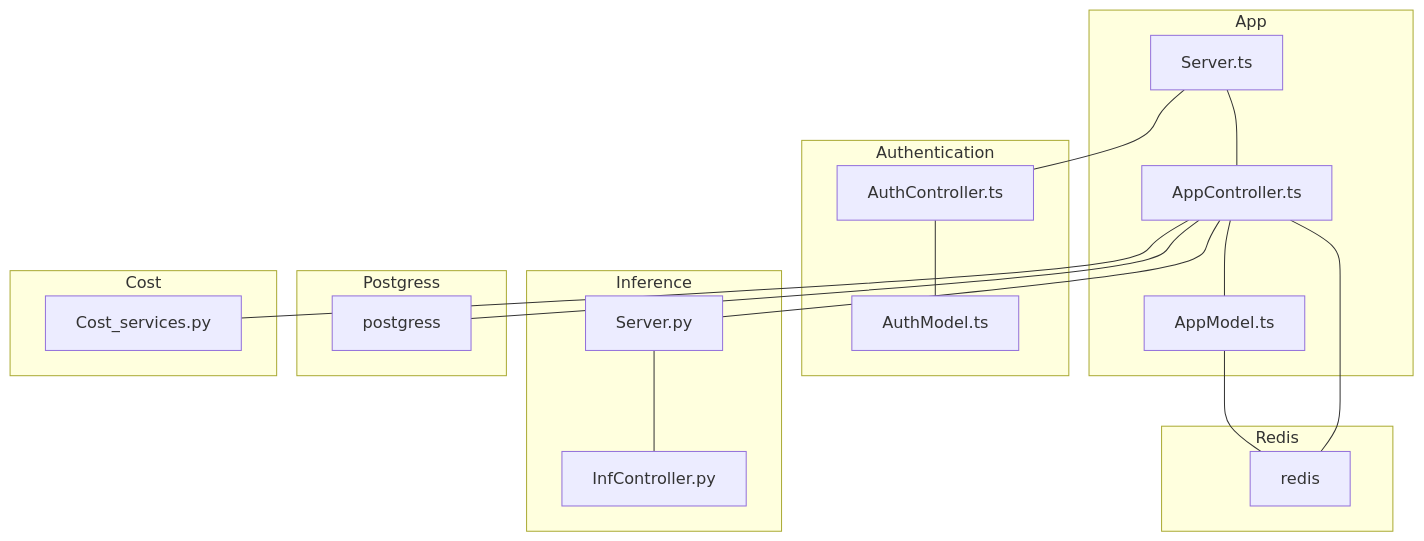
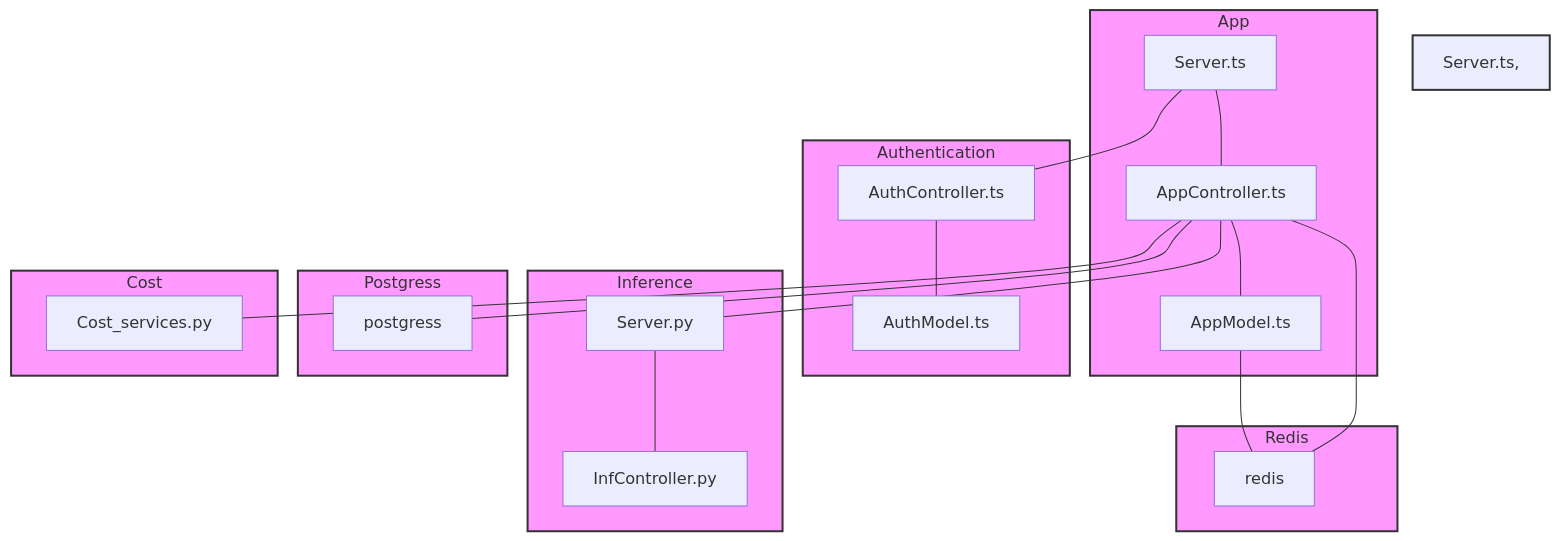
One commit to AgneseBruglia/PA2024 changed the second of 16 diagrams in README.md. Above: the diagram before and after it, drawn with Mermaid.

````diff
--- a/README.md
+++ b/README.md
@@ -53,40 +53,50 @@
 ```mermaid
 graph TD;
+
     subgraph App
+    style App fill:#f9f,stroke:#333,stroke-width:2px;
     Server.ts --- AppController.ts 
     AppController.ts 
     AppModel.ts 
     AppController.ts --- AppModel.ts
     end
 
     subgraph Redis
+    style Redis fill:#f9f,stroke:#333,stroke-width:2px;
     redis
     end
 
     subgraph Authentication
+    style Authentication fill:#f9f,stroke:#333,stroke-width:2px;
     Server.ts --- AuthController.ts
     AuthController.ts 
     AuthModel.ts 
     AuthController.ts --- AuthModel.ts
     end
 
     subgraph Inference
+    style Inference fill:#f9f,stroke:#333,stroke-width:2px;
     Server.py --- InfController.py
     InfController.py
     end
 
     subgraph Postgress
+    style Postgress fill:#f9f,stroke:#333,stroke-width:2px;
     postgress
     end
 
     subgraph Cost
+    style Cost fill:#f9f,stroke:#333,stroke-width:2px;
     Cost_services.py
     end
 
     AppModel.ts --- redis
     AppController.ts --- postgress
     AppController.ts --- Server.py
     AppController.ts --- redis
     AppController.ts --- Cost_services.py
 
+    %% Style lines
+    style Server.ts, AuthController.ts, InfController.py, AppModel.ts, Cost_services.py fill:#fff,stroke:#333,stroke-width:2px;
+
 ```
````
